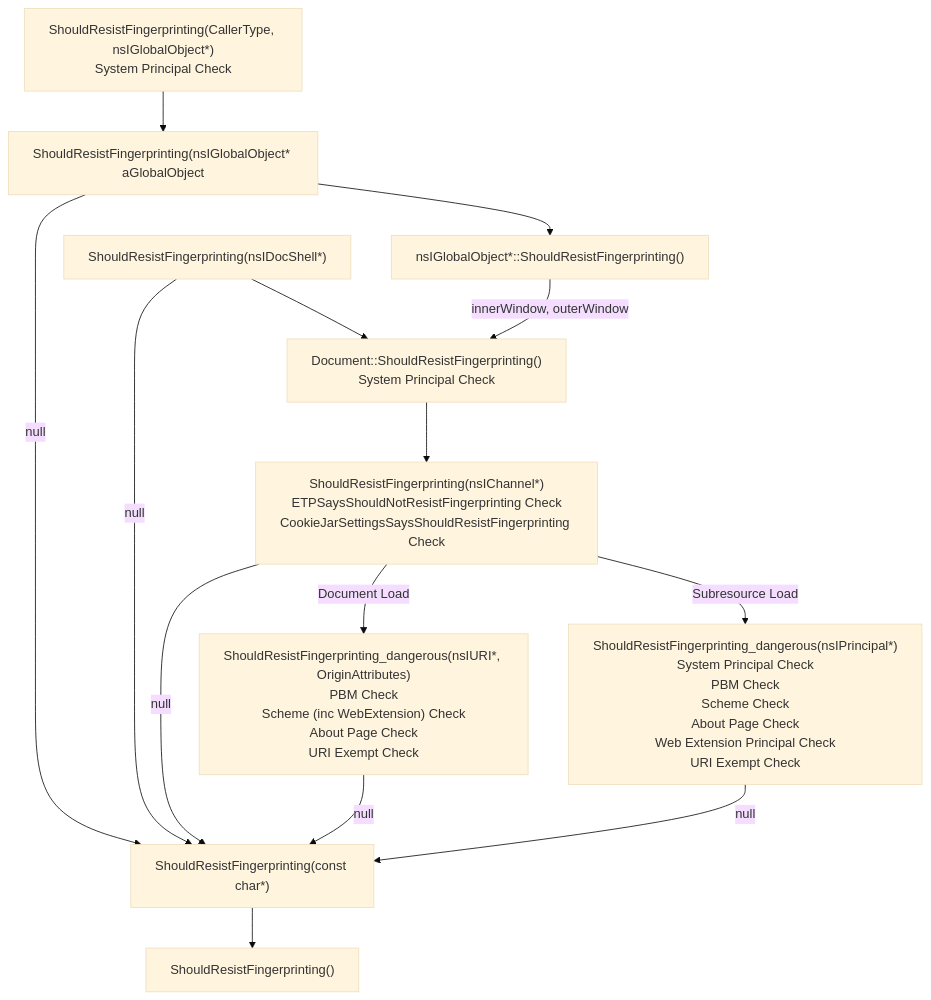
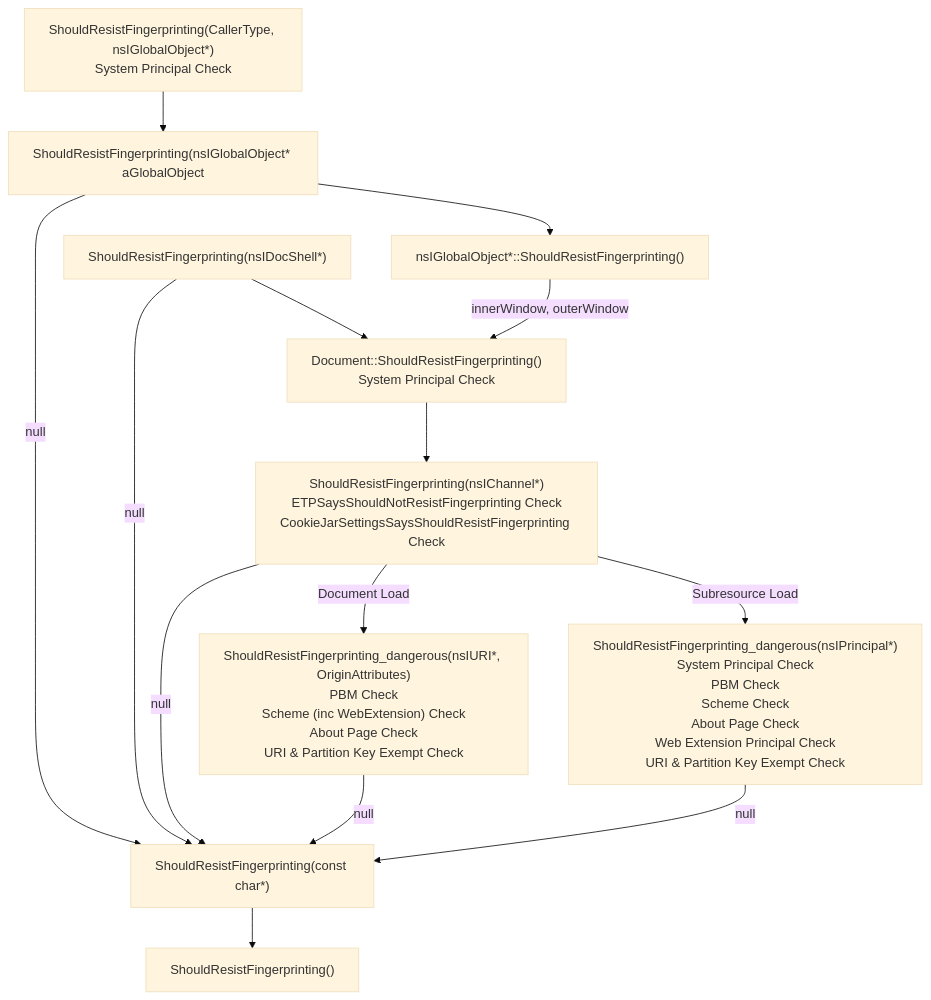
The diagram in toolkit/components/resistfingerprinting/docs/implementation.rst (Floorp-Projects/Floorp), drawn with Mermaid (base theme) before and after one commit. The commit also changed 4 other files, not shown here.

Commit message:
Bug 1835099: Check the Partition Key in both flows r=timhuang

```diff
--- a/toolkit/components/resistfingerprinting/docs/implementation.rst
+++ b/toolkit/components/resistfingerprinting/docs/implementation.rst
@@ -9,54 +9,54 @@
 .. mermaid::
 
 	graph TD
 	  SRFP["ShouldResistFingerprinting()"]
 	  click SRFP href "https://searchfox.org/mozilla-central/search?q=symbol:_ZN14nsContentUtils26ShouldResistFingerprintingEN7mozilla9RFPTargetE&redirect=false"
 
 	  SRGP_GO["ShouldResistFingerprinting(nsIGlobalObject* aGlobalObject"]
 	  click SRGP_GO href "https://searchfox.org/mozilla-central/search?q=symbol:_ZN14nsContentUtils26ShouldResistFingerprintingEP15nsIGlobalObjectN7mozilla9RFPTargetE&redirect=false"
 
 	  GO_SRFP["nsIGlobalObject*::ShouldResistFingerprinting()"]
 	  click GO_SRFP href "https://searchfox.org/mozilla-central/search?q=symbol:_ZNK15nsIGlobalObject26ShouldResistFingerprintingEN7mozilla9RFPTargetE&redirect=false"
 
 	  Doc_SRFP["Document::ShouldResistFingerprinting()<br />System Principal Check"]
 	  click Doc_SRFP href "https://searchfox.org/mozilla-central/search?q=symbol:_ZNK7mozilla3dom8Document26ShouldResistFingerprintingENS_9RFPTargetE&redirect=false"
 
 	  SRFP_char["ShouldResistFingerprinting(const char*)"]
 	  click SRFP_char href "https://searchfox.org/mozilla-central/search?q=symbol:_ZN14nsContentUtils26ShouldResistFingerprintingEPKcN7mozilla9RFPTargetE&redirect=false"
 
 	  SRFP_callertype_go["ShouldResistFingerprinting(CallerType, nsIGlobalObject*)<br />System Principal Check"]
 	  click SRFP_callertype_go href "https://searchfox.org/mozilla-central/search?q=symbol:_ZN14nsContentUtils26ShouldResistFingerprintingEN7mozilla3dom10CallerTypeEP15nsIGlobalObjectNS0_9RFPTargetE&redirect=false"
 
 	  SRFP_docshell["ShouldResistFingerprinting(nsIDocShell*)"]
 	  click SRFP_docshell href "https://searchfox.org/mozilla-central/search?q=symbol:_ZN14nsContentUtils26ShouldResistFingerprintingEP11nsIDocShellN7mozilla9RFPTargetE&redirect=false"
 
 	  SRFP_channel["ShouldResistFingerprinting(nsIChannel*)<br />ETPSaysShouldNotResistFingerprinting Check<br />CookieJarSettingsSaysShouldResistFingerprinting Check"]
 	  click SRFP_channel href "https://searchfox.org/mozilla-central/search?q=symbol:_ZN14nsContentUtils26ShouldResistFingerprintingEP10nsIChannelN7mozilla9RFPTargetE&redirect=false"
 
-	  SRFP_uri["ShouldResistFingerprinting_dangerous(nsIURI*, OriginAttributes)<br />PBM Check<br />Scheme (inc WebExtension) Check<br />About Page Check<br />URI Exempt Check"]
+	  SRFP_uri["ShouldResistFingerprinting_dangerous(nsIURI*, OriginAttributes)<br />PBM Check<br />Scheme (inc WebExtension) Check<br />About Page Check<br />URI & Partition Key Exempt Check"]
 	  click SRFP_uri href "https://searchfox.org/mozilla-central/search?q=symbol:_ZN14nsContentUtils36ShouldResistFingerprinting_dangerousEP6nsIURIRKN7mozilla16OriginAttributesEPKcNS2_9RFPTargetE&redirect=false"
 
-	  SRFP_principal["ShouldResistFingerprinting_dangerous(nsIPrincipal*)<br />System Principal Check<br />PBM Check<br />Scheme Check<br />About Page Check<br />Web Extension Principal Check<br />URI Exempt Check"]
+	  SRFP_principal["ShouldResistFingerprinting_dangerous(nsIPrincipal*)<br />System Principal Check<br />PBM Check<br />Scheme Check<br />About Page Check<br />Web Extension Principal Check<br />URI & Partition Key Exempt Check"]
 	  click SRFP_principal href "https://searchfox.org/mozilla-central/search?q=symbol:_ZN14nsContentUtils36ShouldResistFingerprinting_dangerousEP12nsIPrincipalPKcN7mozilla9RFPTargetE&redirect=false"
 
 
 
 
 	  SRFP_principal --> |null| SRFP_char
 
 	  SRFP_uri --> |null| SRFP_char
 
 	  SRFP_channel -->|null| SRFP_char
 	  SRFP_channel --> |Document Load| SRFP_uri
 	  SRFP_channel --> |Subresource Load| SRFP_principal
 
 	  SRFP_docshell -->|null| SRFP_char
 	  SRFP_docshell --> Doc_SRFP
 
 	  SRFP_callertype_go --> SRGP_GO
 	  SRFP_char --> SRFP
 	  SRGP_GO -->|null| SRFP_char
 	  SRGP_GO --> GO_SRFP
 
 	  GO_SRFP --> |innerWindow, outerWindow| Doc_SRFP
 	  Doc_SRFP --> SRFP_channel
```
